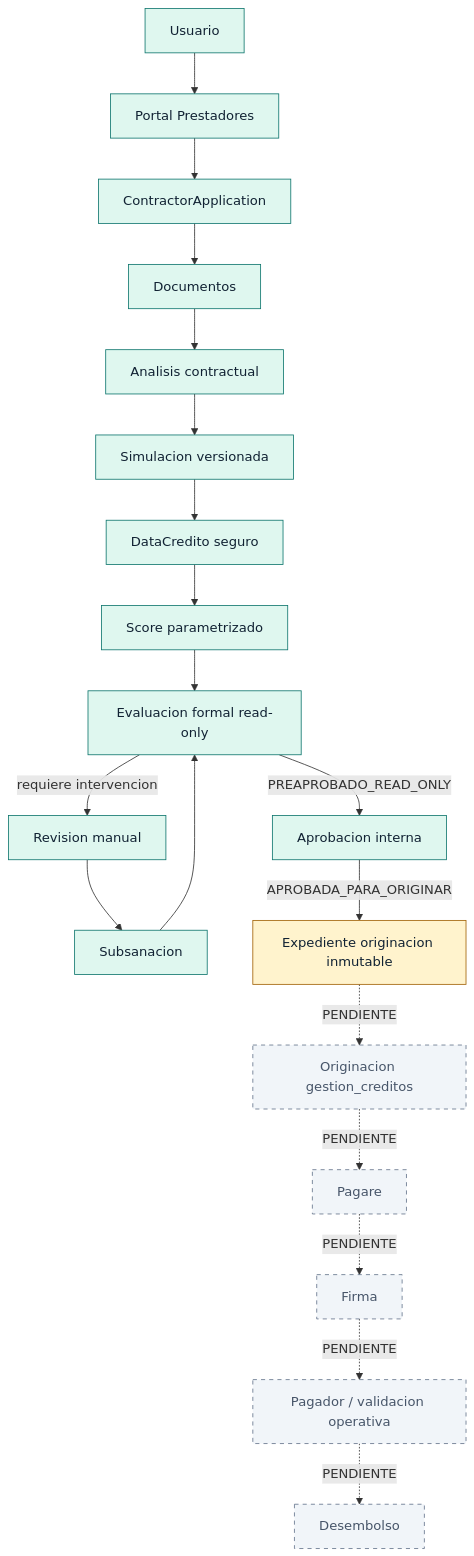
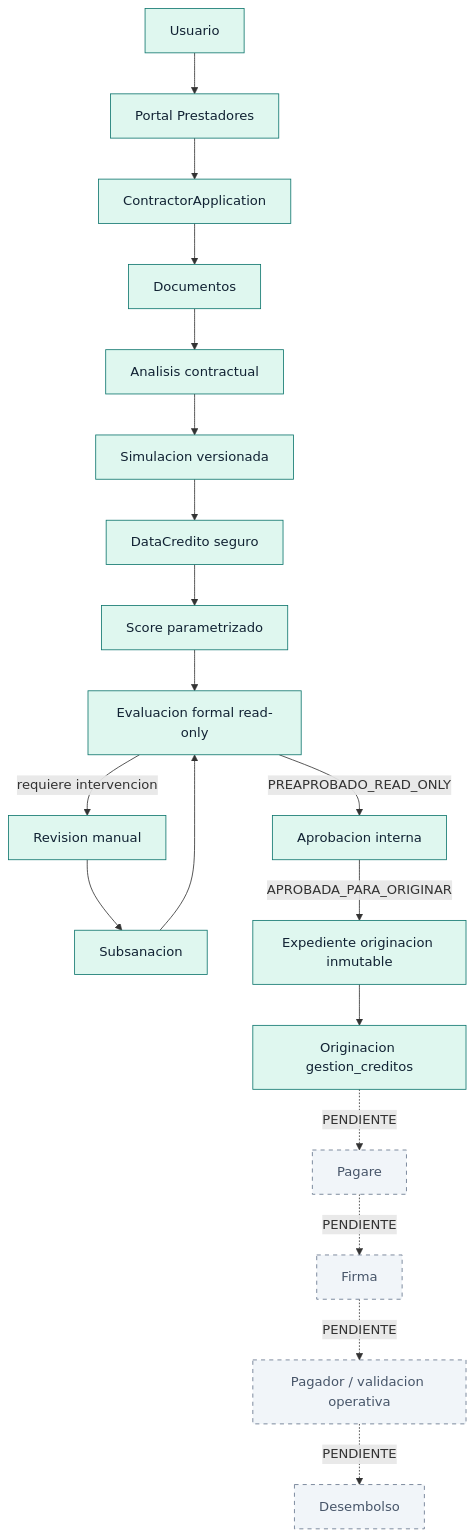
The first of 7 diagrams in docs/prestadores_flujo_end_to_end.md (AdminDataIn/aprobado), drawn with Mermaid before and after one commit. The commit also changed other lines of this file and 14 other files, not shown here.

````diff
--- a/docs/prestadores_flujo_end_to_end.md
+++ b/docs/prestadores_flujo_end_to_end.md
@@ -34,28 +35,28 @@
 ```mermaid
 flowchart TD
     U[Usuario] --> P[Portal Prestadores]
     P --> S[ContractorApplication]
     S --> D[Documentos]
     D --> AC[Analisis contractual]
     AC --> SIM[Simulacion versionada]
     SIM --> DC[DataCredito seguro]
     DC --> SC[Score parametrizado]
     SC --> EF[Evaluacion formal read-only]
     EF -->|requiere intervencion| RM[Revision manual]
     RM --> SUB[Subsanacion]
     SUB --> EF
     EF -->|PREAPROBADO_READ_ONLY| AI[Aprobacion interna]
     AI -->|APROBADA_PARA_ORIGINAR| EO[Expediente originacion inmutable]
-    EO -. PENDIENTE .-> OR[Originacion gestion_creditos]
+    EO --> OR[Originacion gestion_creditos]
     OR -. PENDIENTE .-> PG[Pagare]
     PG -. PENDIENTE .-> FI[Firma]
     FI -. PENDIENTE .-> PA[Pagador / validacion operativa]
     PA -. PENDIENTE .-> DE[Desembolso]
 
     classDef ok fill:#dff7ef,stroke:#0f766e,color:#123;
     classDef partial fill:#fff3cd,stroke:#a16207,color:#123;
     classDef pending fill:#f1f5f9,stroke:#64748b,color:#475569,stroke-dasharray: 5 5;
     class U,P,S,D,AC,SIM,DC,SC,EF,RM,SUB,AI ok;
-    class EO partial;
-    class OR,PG,FI,PA,DE pending;
+    class EO,OR ok;
+    class PG,FI,PA,DE pending;
 ```
````
